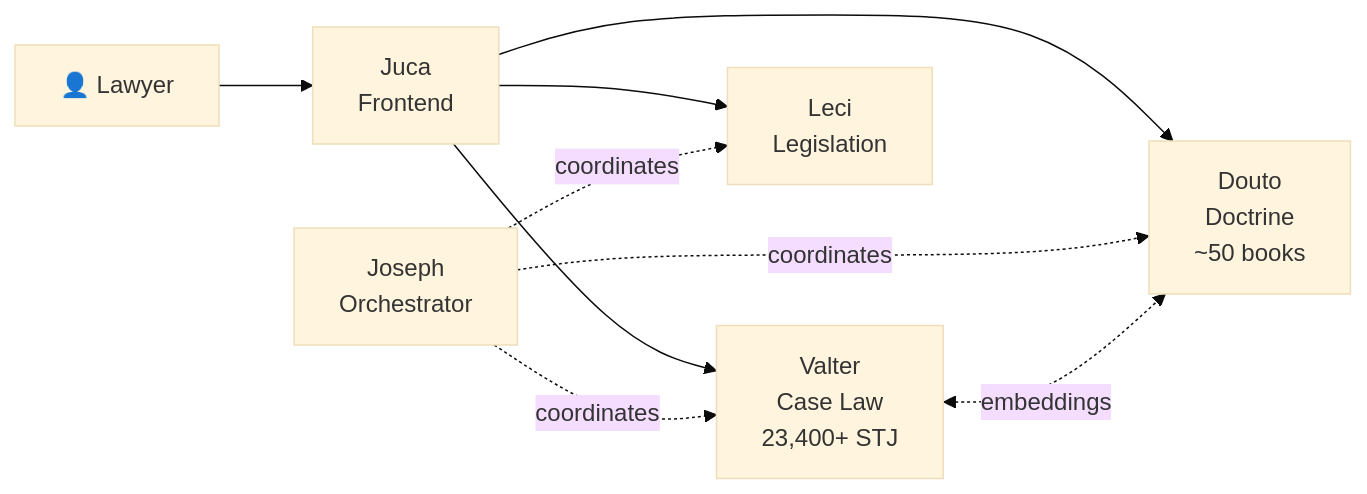
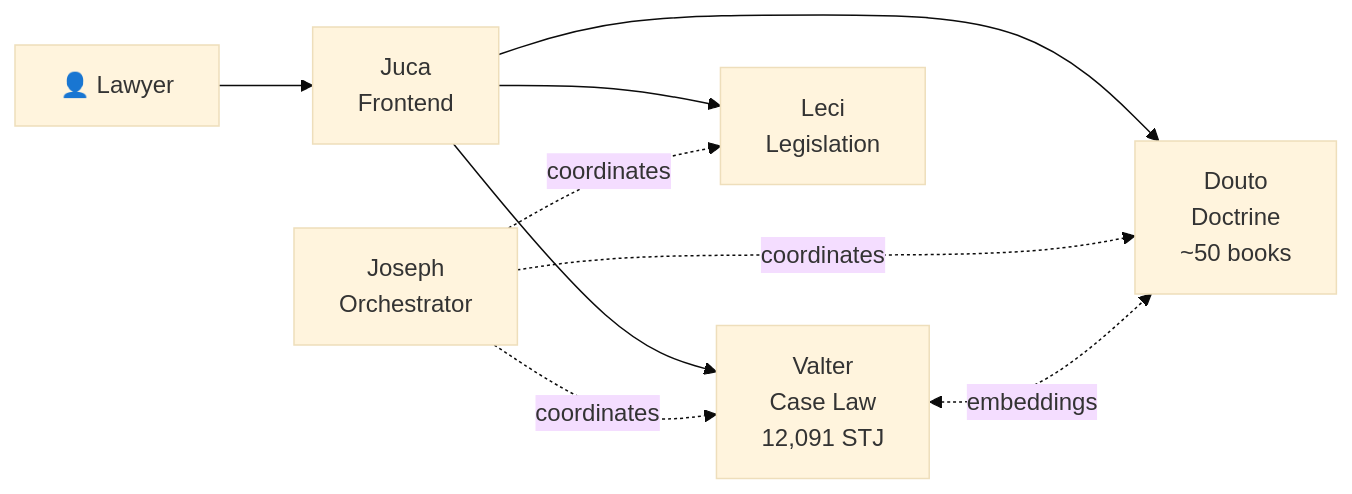
One commit to sensdiego/sens.legal changed the third of 7 diagrams in sites/douto/src/content/docs/architecture/diagrams.md. Above: the diagram before and after it, drawn with Mermaid (base theme). The commit also changed other lines of this file and 10 other files, not shown here.

````diff
--- a/sites/douto/src/content/docs/architecture/diagrams.md
+++ b/sites/douto/src/content/docs/architecture/diagrams.md
@@ -80,16 +80,16 @@
 ```mermaid
 graph LR
     USER["👤 Lawyer"]
     JU["Juca<br/>Frontend"]
-    VA["Valter<br/>Case Law<br/>23,400+ STJ"]
+    VA["Valter<br/>Case Law<br/>12,091 STJ"]
     LE["Leci<br/>Legislation"]
     DO["Douto<br/>Doctrine<br/>~50 books"]
     JO["Joseph<br/>Orchestrator"]
 
     USER --> JU
     JU --> VA
     JU --> LE
     JU --> DO
     JO -.->|"coordinates"| VA & LE & DO
     VA <-.->|"embeddings"| DO
 ```
````
